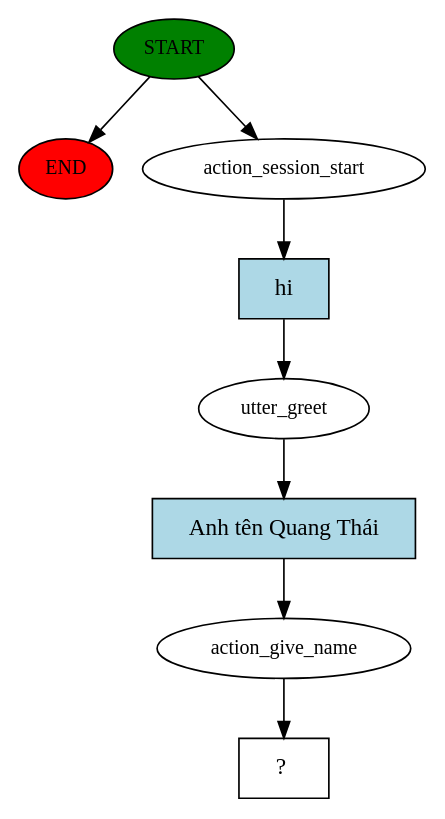
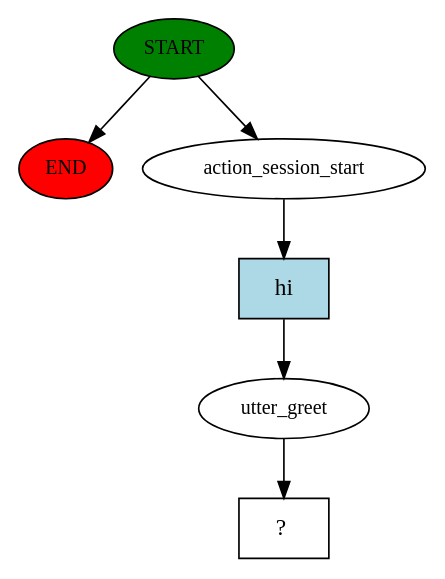
Before and after one commit to ThoiPT/chatbotArt: the diagram in story_graph.dot, drawn with Graphviz. The commit also changed 26 other files, not shown here.

```diff
--- a/story_graph.dot
+++ b/story_graph.dot
@@ -1,17 +1,13 @@
 digraph  {
 0 [class="start active", fillcolor=green, fontsize=12, label=START, style=filled];
 "-1" [class=end, fillcolor=red, fontsize=12, label=END, style=filled];
 1 [class=active, fontsize=12, label=action_session_start];
 2 [class=active, fontsize=12, label=utter_greet];
-3 [class=active, fontsize=12, label=action_give_name];
-4 [class="intent dashed active", label="  ?  ", shape=rect];
-5 [class="intent active", fillcolor=lightblue, label=hi, shape=rect, style=filled];
-6 [class="intent active", fillcolor=lightblue, label="Anh tên Quang Thái", shape=rect, style=filled];
+3 [class="intent dashed active", label="  ?  ", shape=rect];
+4 [class="intent active", fillcolor=lightblue, label=hi, shape=rect, style=filled];
 0 -> "-1"  [class="", key=NONE, label=""];
 0 -> 1  [class=active, key=NONE, label=""];
-1 -> 5  [class=active, key=0];
-2 -> 6  [class=active, key=0];
-3 -> 4  [class=active, key=NONE, label=""];
-5 -> 2  [class=active, key=0];
-6 -> 3  [class=active, key=0];
+1 -> 4  [class=active, key=0];
+2 -> 3  [class=active, key=NONE, label=""];
+4 -> 2  [class=active, key=0];
 }
```
